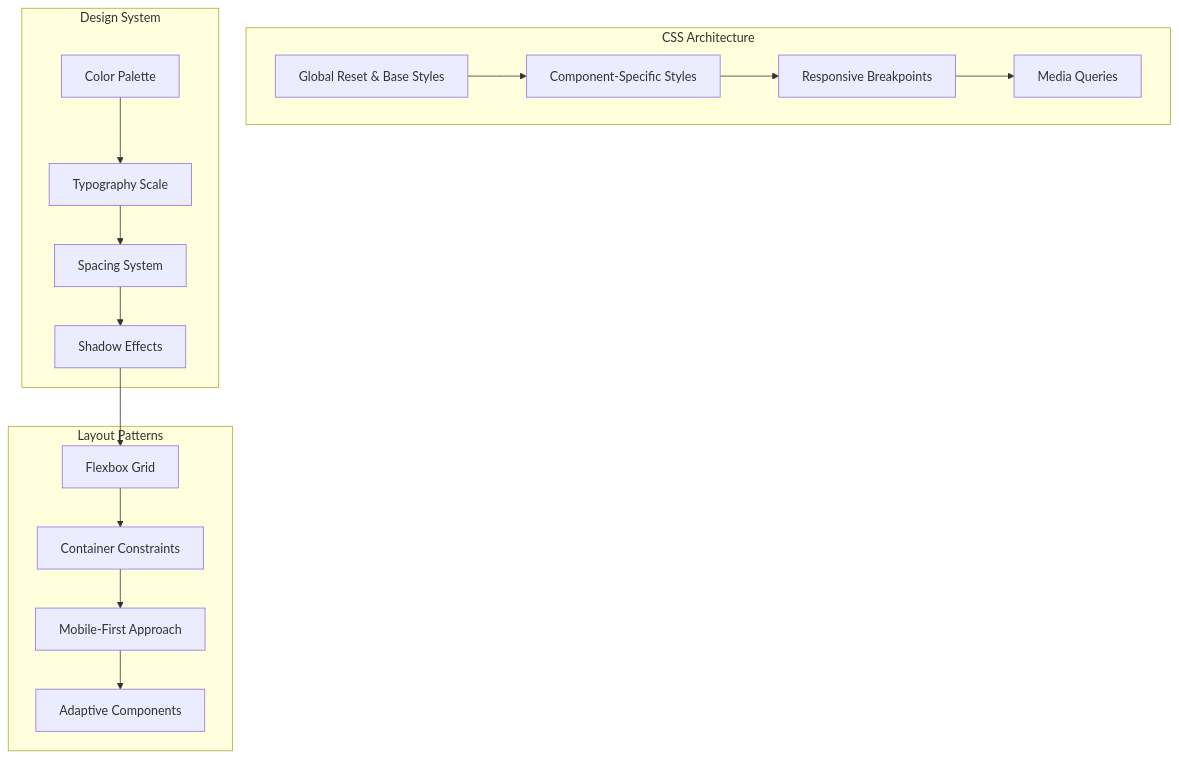
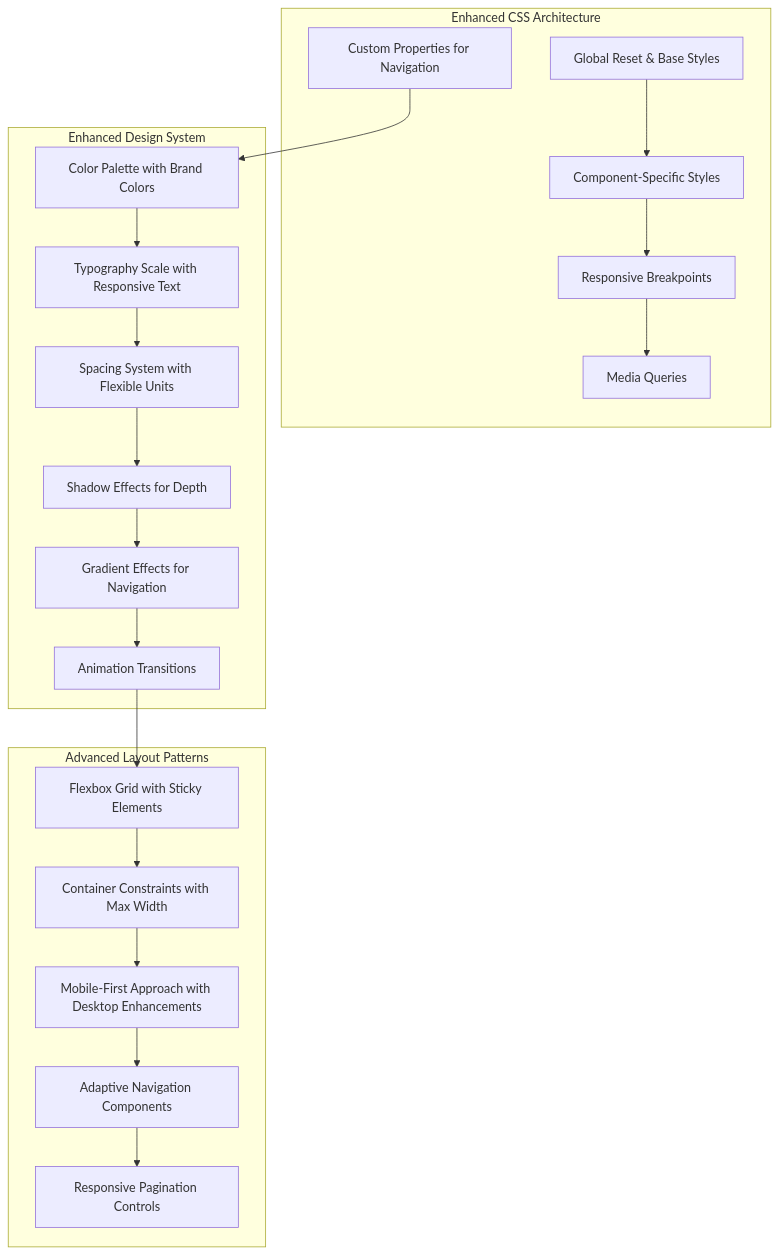
One commit to zbw-zbw/news-aggregator changed the ninth of 11 diagrams in .qoder/repowiki/en/content/Frontend Application/App Component.md. Above: the diagram before and after it, drawn with Mermaid. The commit also changed other lines of this file and 4 other files, not shown here.

````diff
--- a/.qoder/repowiki/en/content/Frontend Application/App Component.md
+++ b/.qoder/repowiki/en/content/Frontend Application/App Component.md
@@ -357,31 +435,39 @@
 ```mermaid
 graph TB
-subgraph "CSS Architecture"
+subgraph "Enhanced CSS Architecture"
 A[Global Reset & Base Styles]
 B[Component-Specific Styles]
 C[Responsive Breakpoints]
 D[Media Queries]
+E[Custom Properties for Navigation]
 end
-subgraph "Design System"
-E[Color Palette]
-F[Typography Scale]
-G[Spacing System]
-H[Shadow Effects]
+subgraph "Enhanced Design System"
+F[Color Palette with Brand Colors]
+G[Typography Scale with Responsive Text]
+H[Spacing System with Flexible Units]
+I[Shadow Effects for Depth]
+J[Gradient Effects for Navigation]
+K[Animation Transitions]
 end
-subgraph "Layout Patterns"
-I[Flexbox Grid]
-J[Container Constraints]
-K[Mobile-First Approach]
-L[Adaptive Components]
+subgraph "Advanced Layout Patterns"
+L[Flexbox Grid with Sticky Elements]
+M[Container Constraints with Max Width]
+N[Mobile-First Approach with Desktop Enhancements]
+O[Adaptive Navigation Components]
+P[Responsive Pagination Controls]
 end
 A --> B
 B --> C
 C --> D
 E --> F
 F --> G
 G --> H
 H --> I
 I --> J
 J --> K
 K --> L
+L --> M
+M --> N
+N --> O
+O --> P
 ```
````
